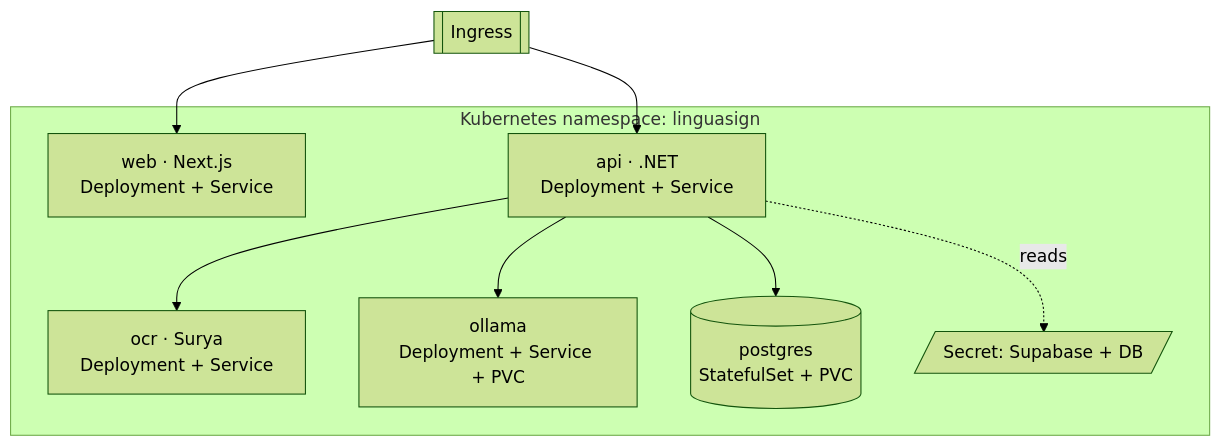
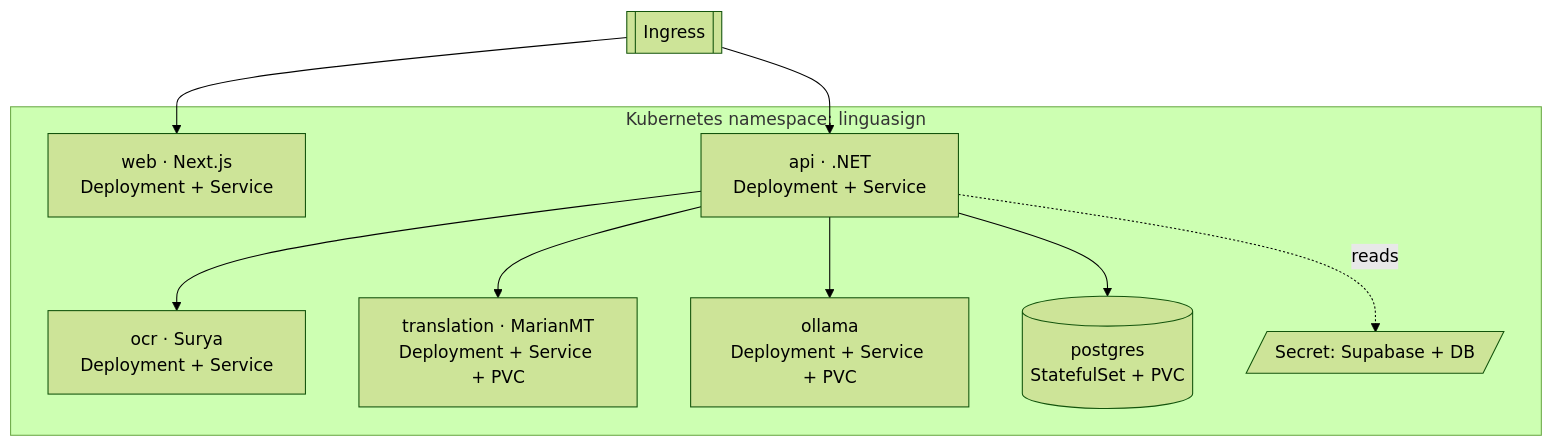
The fourth of 4 diagrams in docs/ARCHITECTURE.md (dnaidoo621/MultilanguageDocSign), drawn with Mermaid (forest theme) before and after one commit. The commit also changed other lines of this file and 3 other files, not shown here.

First line of the commit message:
Update docs to reflect MarianMT translation sidecar

````diff
--- a/docs/ARCHITECTURE.md
+++ b/docs/ARCHITECTURE.md
@@ -195,18 +202,20 @@
 ```mermaid
 flowchart TB
     ingress[[Ingress]]
     subgraph cluster[Kubernetes namespace: linguasign]
         websvc[web · Next.js<br/>Deployment + Service]
         apisvc[api · .NET<br/>Deployment + Service]
         ocrsvc[ocr · Surya<br/>Deployment + Service]
+        transsvc[translation · MarianMT<br/>Deployment + Service + PVC]
         ollamasvc[ollama<br/>Deployment + Service + PVC]
         pgsvc[(postgres<br/>StatefulSet + PVC)]
         secret[/Secret: Supabase + DB/]
     end
     ingress --> websvc
     ingress --> apisvc
     apisvc --> pgsvc
     apisvc --> ocrsvc
+    apisvc --> transsvc
     apisvc --> ollamasvc
     apisvc -. reads .-> secret
 ```
````
